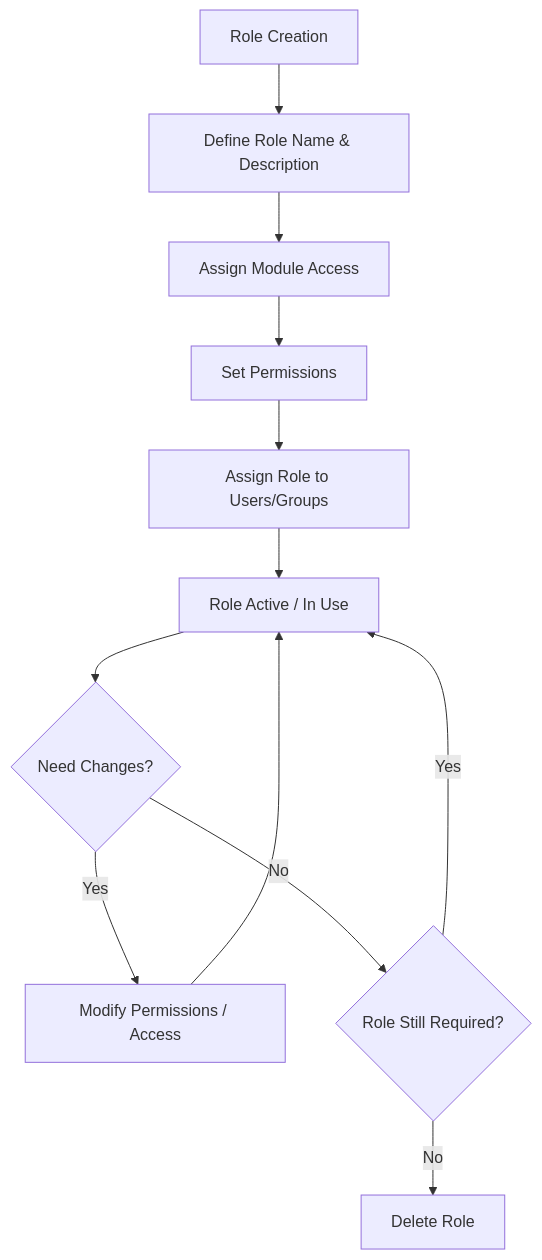
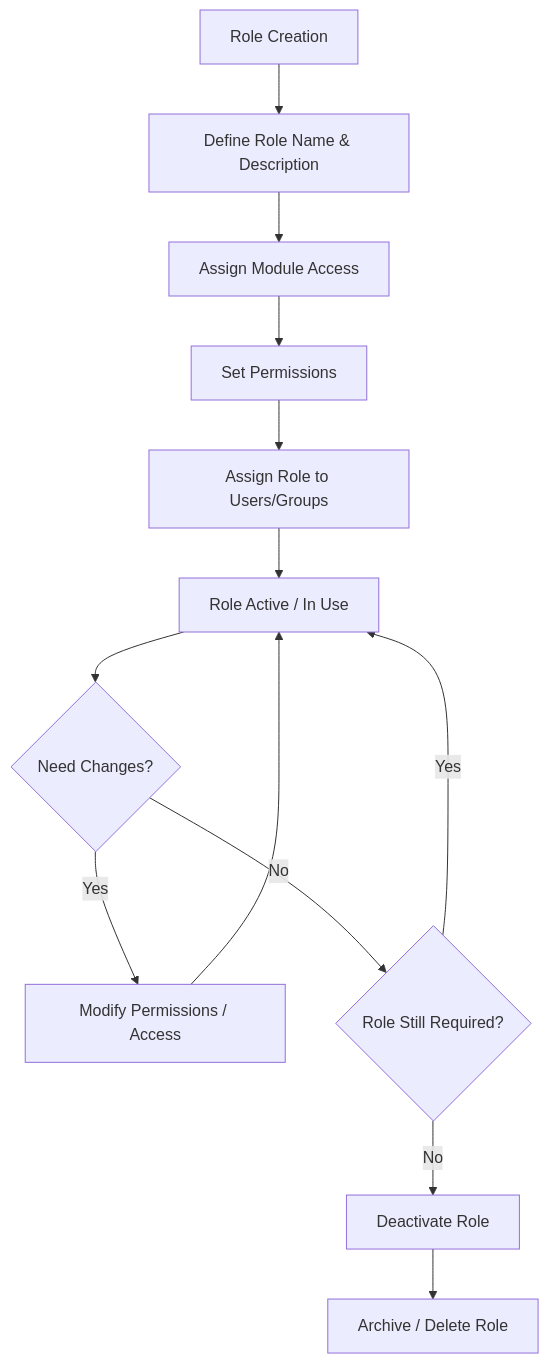
The diagram in docs/settings/role.md (rama7993/c360-docs), drawn with Mermaid before and after one commit. The commit also changed other lines of this file and 32 other files, not shown here.

````diff
--- a/docs/settings/role.md
+++ b/docs/settings/role.md
@@ -92,16 +92,17 @@
 ```mermaid
 flowchart TD
     A[Role Creation] --> B[Define Role Name & Description]
     B --> C[Assign Module Access]
     C --> D[Set Permissions]
     D --> G[Assign Role to Users/Groups]
     G --> H[Role Active / In Use]
 
     H --> I{Need Changes?}
     I -- Yes --> J[Modify Permissions / Access]
     J --> H
 
     I -- No --> K{Role Still Required?}
     K -- Yes --> H
-    K -- No --> L[Delete Role]
+    K -- No --> L[Deactivate Role]
+    L --> M[Archive / Delete Role]
 ```
````
